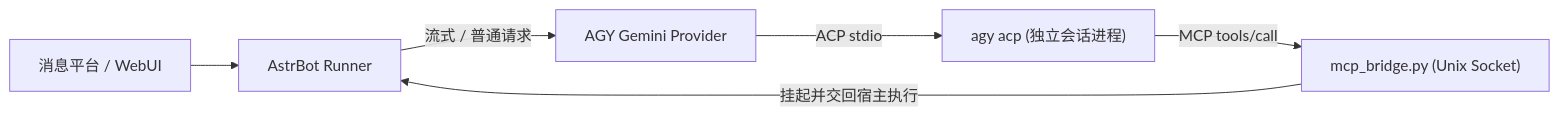
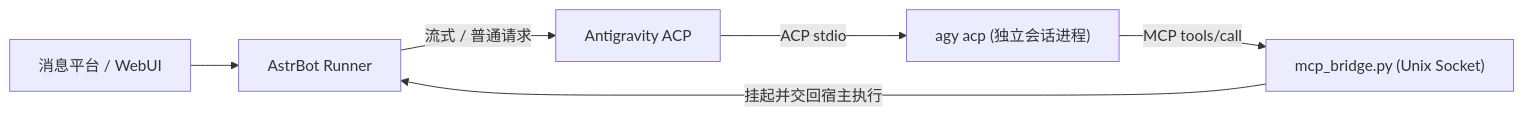
One commit to sl251/astrbot_plugin_antigravity_acp changed the diagram in README.md. Above: the diagram before and after it, drawn with Mermaid. The commit also changed other lines of this file and 2 other files, not shown here.

Commit message:
Rename project to AstrBot Antigravity ACP

````diff
--- a/README.md
+++ b/README.md
@@ -13,8 +13,8 @@
 ```mermaid
 flowchart LR
     U[消息平台 / WebUI] --> R[AstrBot Runner]
-    R -->|流式 / 普通请求| P[AGY Gemini Provider]
+    R -->|流式 / 普通请求| P[Antigravity ACP]
     P -->|ACP stdio| A["agy acp (独立会话进程)"]
     A -->|MCP tools/call| B["mcp_bridge.py (Unix Socket)"]
     B -->|挂起并交回宿主执行| R
 ```
````
